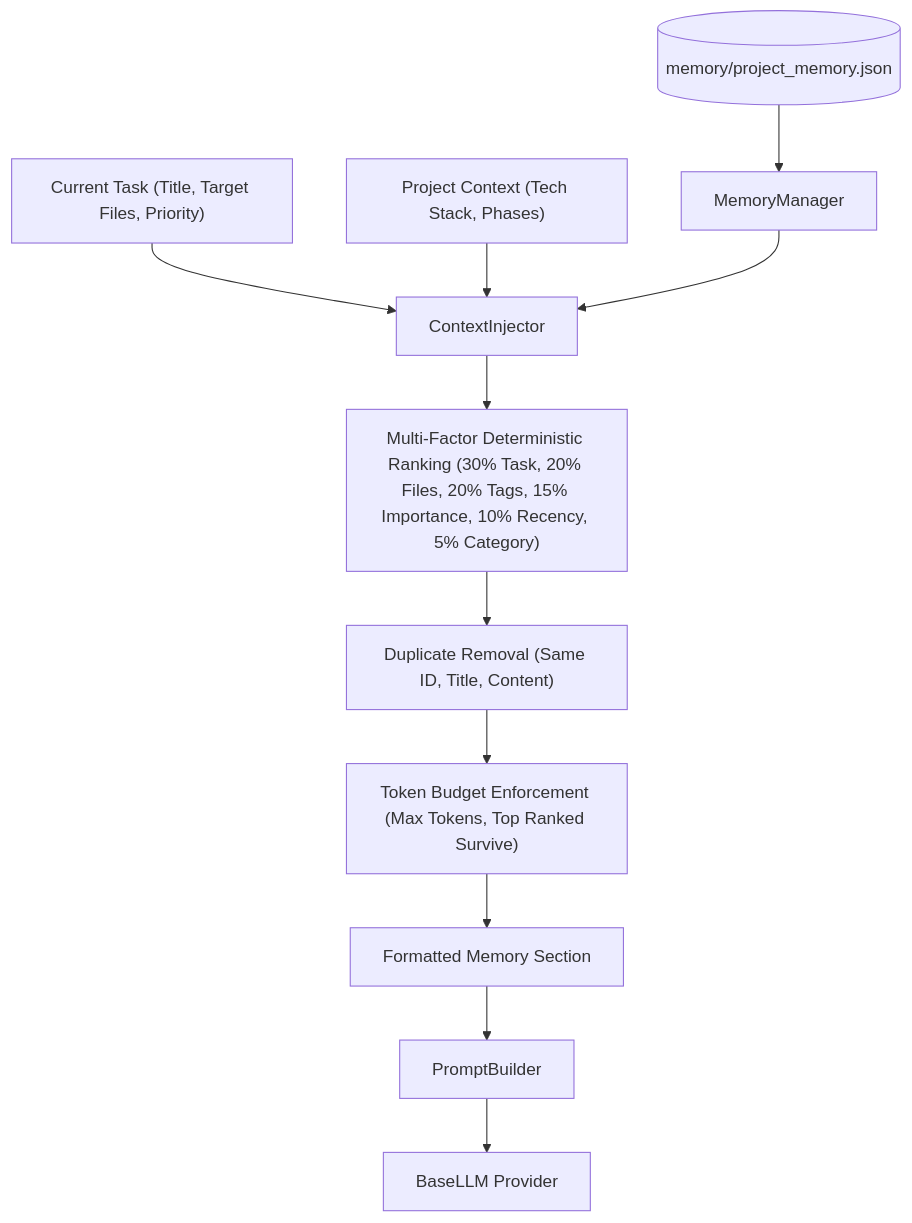
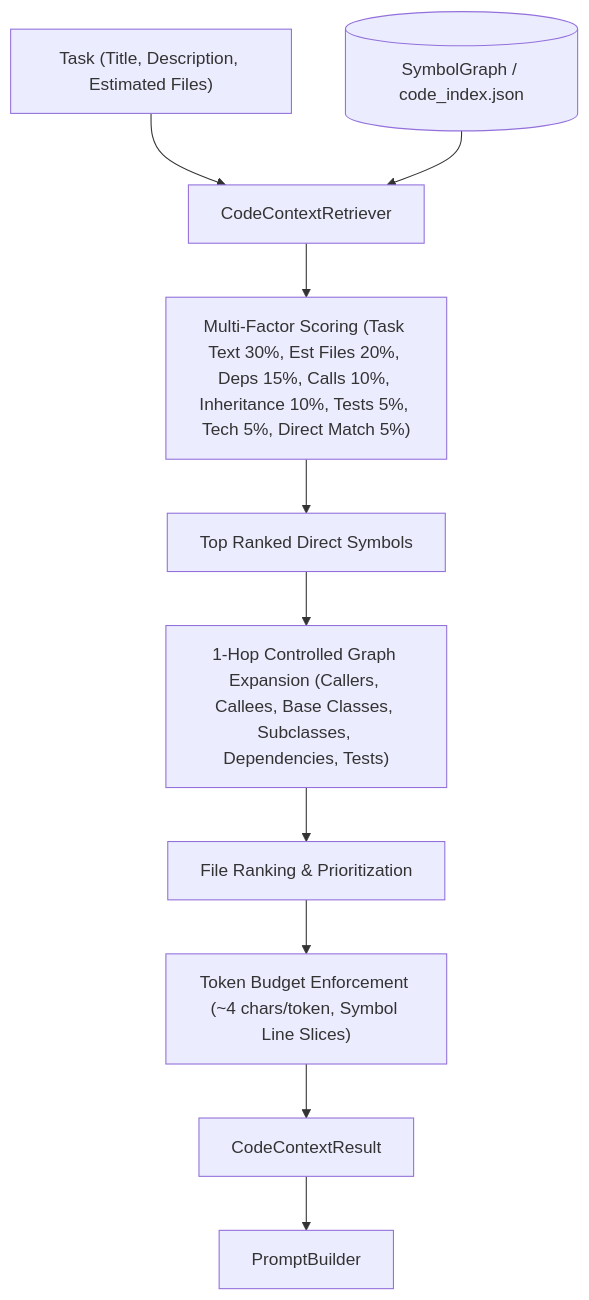
Before and after one commit to legion0069/AutoDev-Agent: the first of 2 diagrams in README.md, drawn with Mermaid. The commit also changed other lines of this file and 9 other files, not shown here.

Commit message:
Implement AutoDev v1.5: Code-Aware Context Retrieval and Impact Analysis Engine

````diff
--- a/README.md
+++ b/README.md
@@ -61,13 +66,12 @@
 ```mermaid
 flowchart TD
-    Task["Current Task (Title, Target Files, Priority)"] --> CI["ContextInjector"]
-    Context["Project Context (Tech Stack, Phases)"] --> CI
-    MemoryStore[("memory/project_memory.json")] --> MM["MemoryManager"]
-    MM --> CI
-    CI --> Score["Multi-Factor Deterministic Ranking (30% Task, 20% Files, 20% Tags, 15% Importance, 10% Recency, 5% Category)"]
-    Score --> Dedup["Duplicate Removal (Same ID, Title, Content)"]
-    Dedup --> Budget["Token Budget Enforcement (Max Tokens, Top Ranked Survive)"]
-    Budget --> PromptBlock["Formatted Memory Section"]
-    PromptBlock --> PB["PromptBuilder"]
-    PB --> LLM["BaseLLM Provider"]
+    Task["Task (Title, Description, Estimated Files)"] --> CCR["CodeContextRetriever"]
+    Graph[("SymbolGraph / code_index.json")] --> CCR
+    CCR --> Score["Multi-Factor Scoring (Task Text 30%, Est Files 20%, Deps 15%, Calls 10%, Inheritance 10%, Tests 5%, Tech 5%, Direct Match 5%)"]
+    Score --> TopSyms["Top Ranked Direct Symbols"]
+    TopSyms --> Expand["1-Hop Controlled Graph Expansion (Callers, Callees, Base Classes, Subclasses, Dependencies, Tests)"]
+    Expand --> Rank["File Ranking & Prioritization"]
+    Rank --> Budget["Token Budget Enforcement (~4 chars/token, Symbol Line Slices)"]
+    Budget --> Result["CodeContextResult"]
+    Result --> PB["PromptBuilder"]
 ```
````
